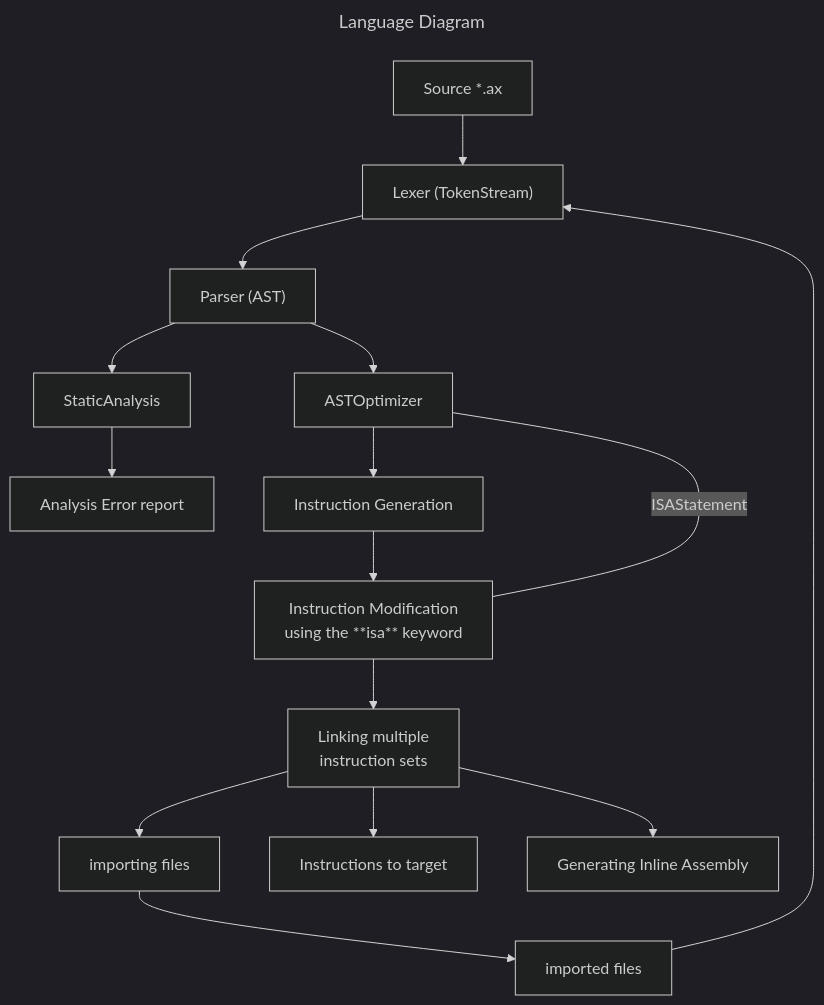
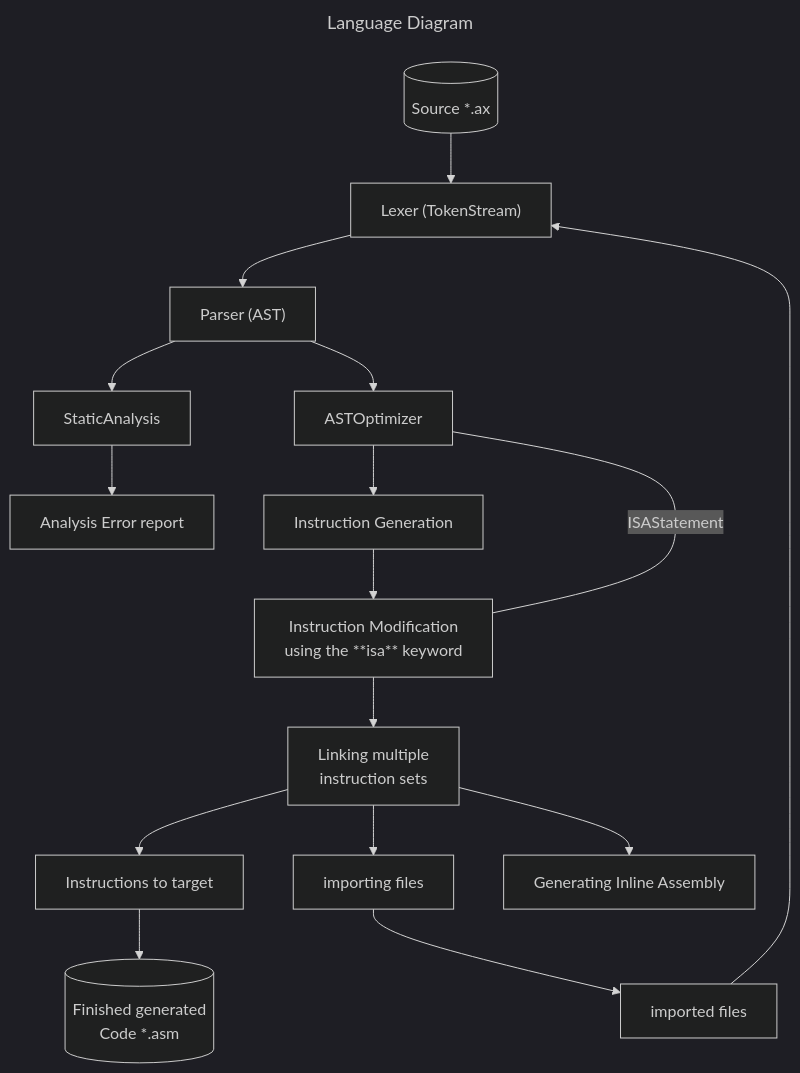
Before and after one commit to u64lisa/axiol-language: the diagram in README.MD, drawn with Mermaid (dark theme).

````diff
--- a/README.MD
+++ b/README.MD
@@ -15,36 +15,38 @@
 ```mermaid
 ---
 title: Language Diagram
 ---
 graph TD;
-    source["Source *.ax"]
+    source[("Source *.ax")]
     lexer["Lexer (TokenStream)"]
     source --> lexer
     parser["Parser (AST)"]
     lexer --> parser
     analysis["StaticAnalysis"]
     error_stage_1["Analysis Error report"]
     analysis --> error_stage_1
     optimising["ASTOptimizer"]
     parser --> analysis
     parser --> optimising    
     instructionGen["Instruction Generation"]
     optimising --> instructionGen
     instructionModification["Instruction Modification
     using the **isa** keyword"]
     instructionGen --> instructionModification
     optimising-- ISAStatement ---instructionModification
     linker["Linking multiple
     instruction sets"]
     instructionModification --> linker
     importingLogic["importing files"]
     importedSources["imported files"]
     linker --> importingLogic
     importingLogic --> importedSources
     importedSources --> lexer;
     compiler["Instructions to target"]
     inlineASM["Generating Inline Assembly"]
     linker --> inlineASM
     linker --> compiler
-    
+       finishedCode[("Finished generated
+        Code *.asm")]
+    compiler --> finishedCode
 ```
````
